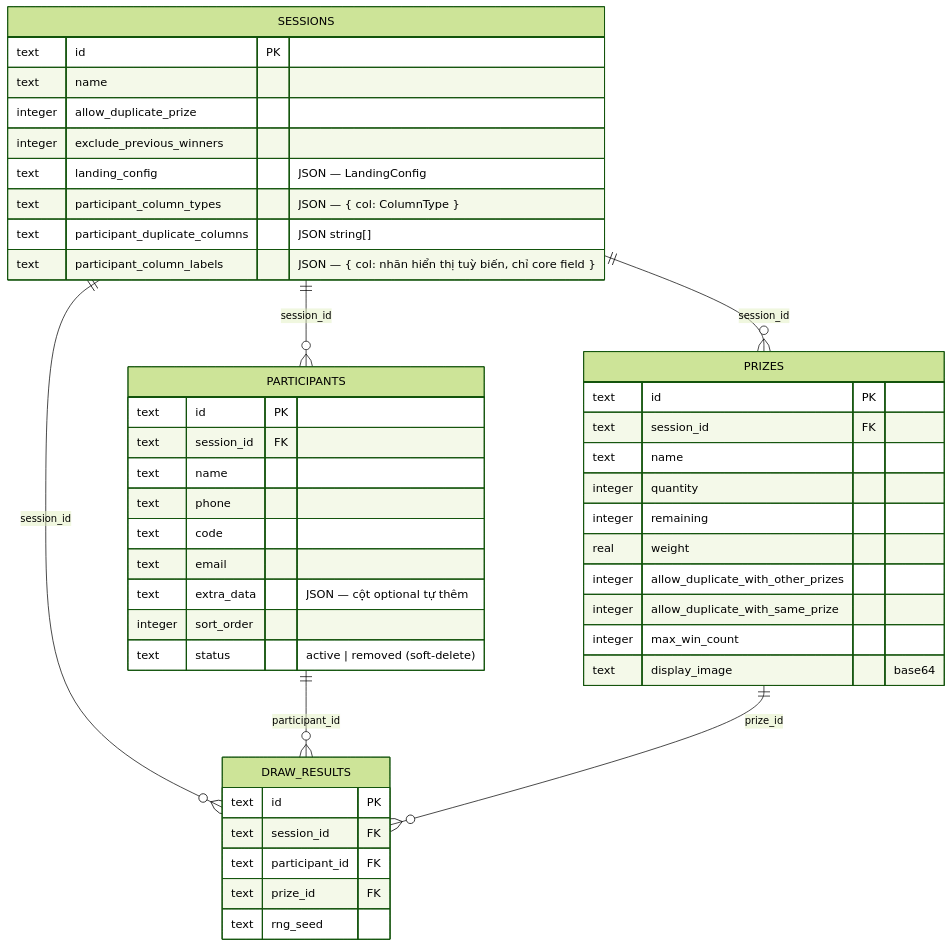
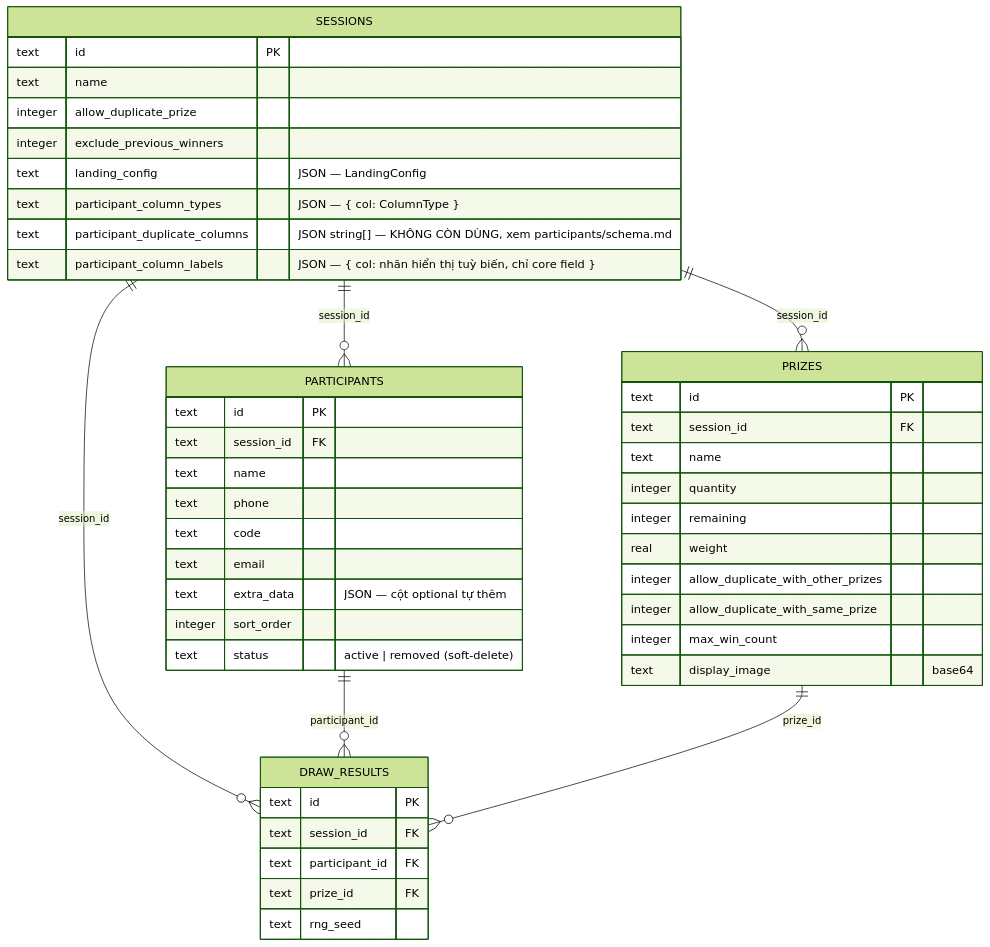
The diagram in docs/architecture/database-schema.md (nhatquang-nguyen-129/display_lucky_draw), drawn with Mermaid (forest theme) before and after one commit. The commit also changed 11 other files, not shown here.

````diff
--- a/docs/architecture/database-schema.md
+++ b/docs/architecture/database-schema.md
@@ -7,49 +7,49 @@
 ```mermaid
 erDiagram
   SESSIONS ||--o{ PARTICIPANTS : session_id
   SESSIONS ||--o{ PRIZES : session_id
   SESSIONS ||--o{ DRAW_RESULTS : session_id
   PARTICIPANTS ||--o{ DRAW_RESULTS : participant_id
   PRIZES ||--o{ DRAW_RESULTS : prize_id
 
   SESSIONS {
     text id PK
     text name
     integer allow_duplicate_prize
     integer exclude_previous_winners
     text landing_config "JSON — LandingConfig"
     text participant_column_types "JSON — { col: ColumnType }"
-    text participant_duplicate_columns "JSON string[]"
+    text participant_duplicate_columns "JSON string[] — KHÔNG CÒN DÙNG, xem participants/schema.md"
     text participant_column_labels "JSON — { col: nhãn hiển thị tuỳ biến, chỉ core field }"
   }
   PARTICIPANTS {
     text id PK
     text session_id FK
     text name
     text phone
     text code
     text email
     text extra_data "JSON — cột optional tự thêm"
     integer sort_order
     text status "active | removed (soft-delete)"
   }
   PRIZES {
     text id PK
     text session_id FK
     text name
     integer quantity
     integer remaining
     real weight
     integer allow_duplicate_with_other_prizes
     integer allow_duplicate_with_same_prize
     integer max_win_count
     text display_image "base64"
   }
   DRAW_RESULTS {
     text id PK
     text session_id FK
     text participant_id FK
     text prize_id FK
     text rng_seed
   }
 ```
````
